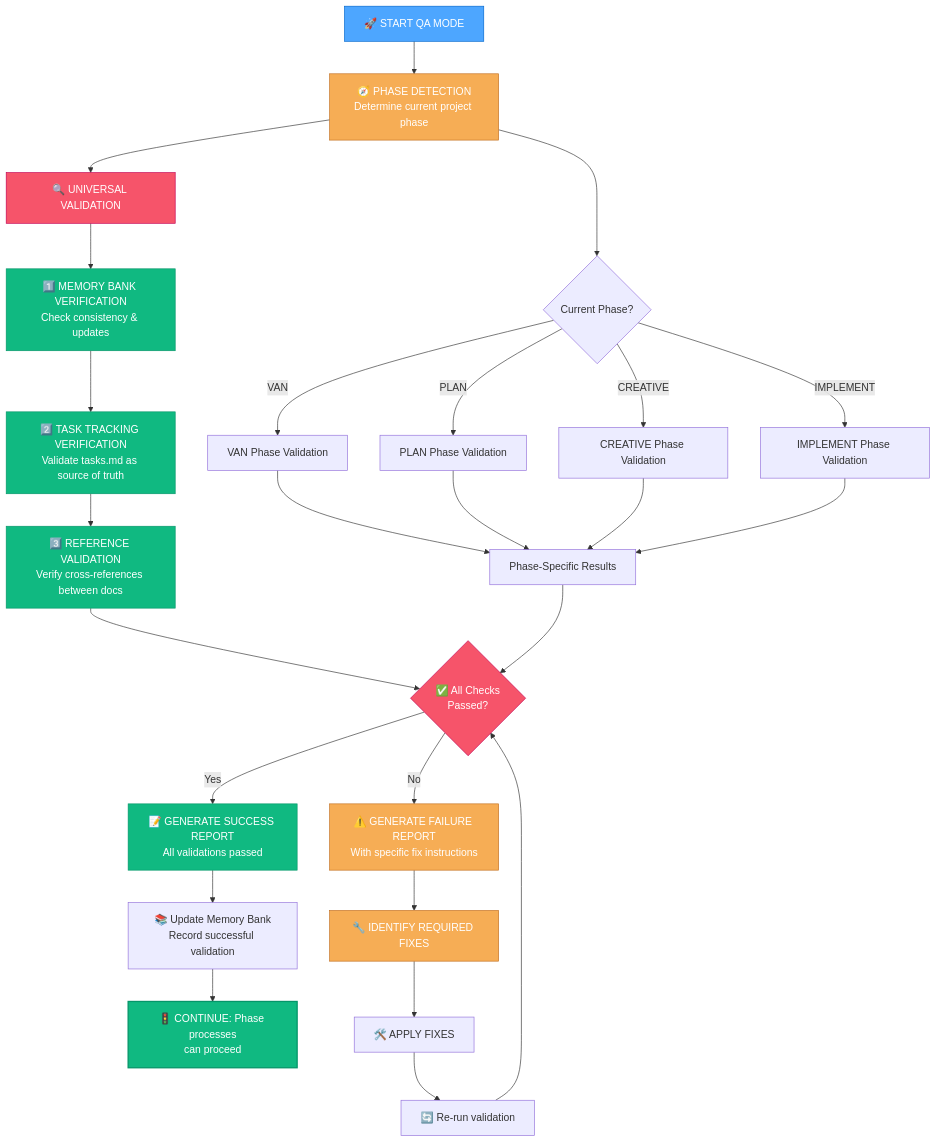
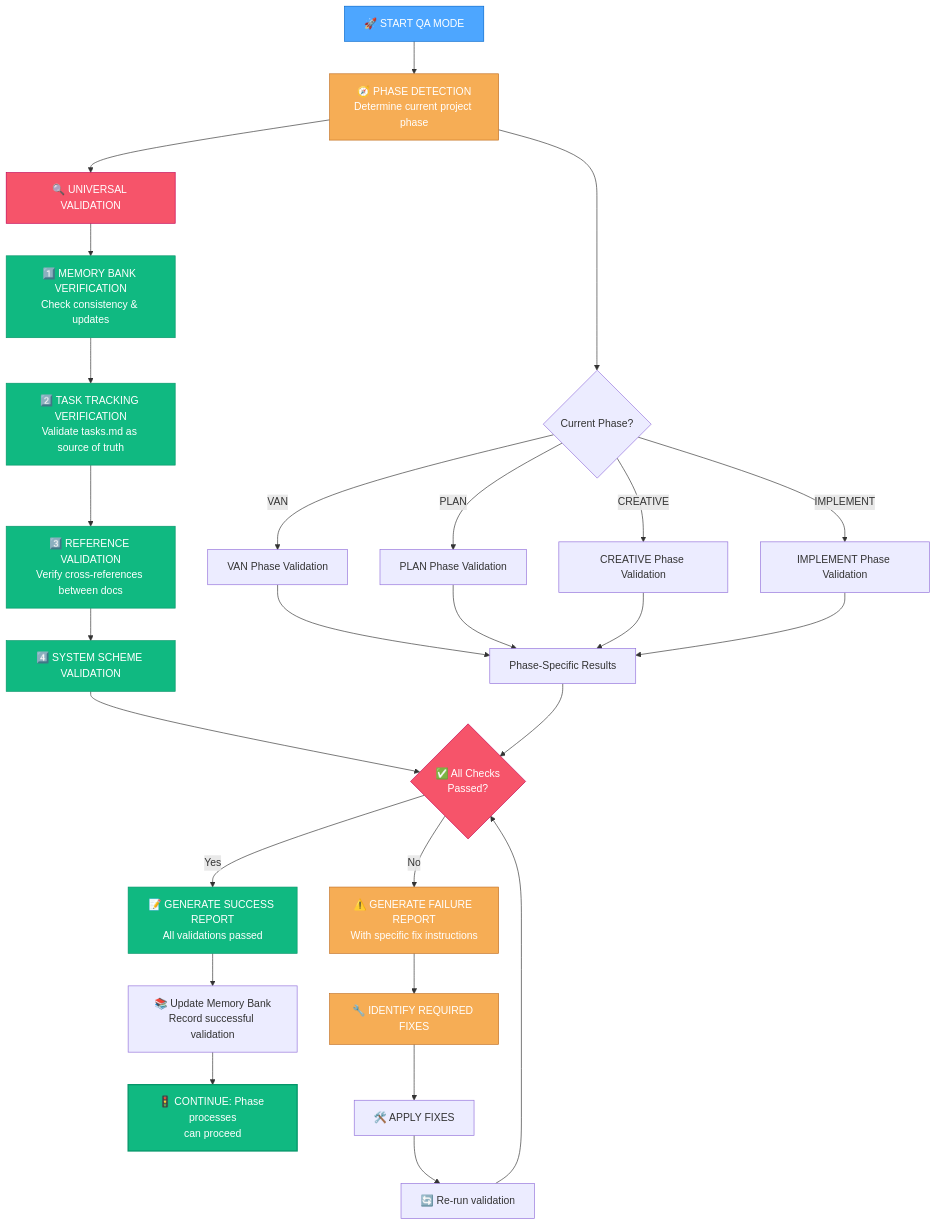
The first of 10 diagrams in .github/instructions/rules/isolation_rules/visual-maps/qa-mode-map.md (DennisGrammes/arc42-memory-bank), drawn with Mermaid before and after one commit. The commit also changed 10 other files, not shown here.

````diff
--- a/.github/instructions/rules/isolation_rules/visual-maps/qa-mode-map.md
+++ b/.github/instructions/rules/isolation_rules/visual-maps/qa-mode-map.md
@@ -12,48 +12,50 @@
 ```mermaid
 graph TD
     Start["🚀 START QA MODE"] --> DetectPhase["🧭 PHASE DETECTION<br>Determine current project phase"]
     
     %% Phase detection decision path
     DetectPhase --> PhaseDetermination{"Current Phase?"}
     PhaseDetermination -->|"VAN"| VANChecks["VAN Phase Validation"]
     PhaseDetermination -->|"PLAN"| PLANChecks["PLAN Phase Validation"]
     PhaseDetermination -->|"CREATIVE"| CREATIVEChecks["CREATIVE Phase Validation"] 
     PhaseDetermination -->|"IMPLEMENT"| IMPLEMENTChecks["IMPLEMENT Phase Validation"]
     
     %% Universal checks that apply to all phases
     DetectPhase --> UniversalChecks["🔍 UNIVERSAL VALIDATION"]
     UniversalChecks --> MemoryBankCheck["1️⃣ MEMORY BANK VERIFICATION<br>Check consistency & updates"]
     MemoryBankCheck --> TaskTrackingCheck["2️⃣ TASK TRACKING VERIFICATION<br>Validate tasks.md as source of truth"]
     TaskTrackingCheck --> ReferenceCheck["3️⃣ REFERENCE VALIDATION<br>Verify cross-references between docs"]
-    
+    ReferenceCheck --> SchemeCheck["4️⃣ SYSTEM SCHEME VALIDATION"]
+
     %% Phase-specific validations feed into comprehensive report
     VANChecks & PLANChecks & CREATIVEChecks & IMPLEMENTChecks --> PhaseSpecificResults["Phase-Specific Results"]
-    ReferenceCheck & PhaseSpecificResults --> ValidationResults{"✅ All Checks<br>Passed?"}
+    SchemeCheck & PhaseSpecificResults --> ValidationResults{"✅ All Checks<br>Passed?"}
     
     %% Results Processing
     ValidationResults -->|"Yes"| SuccessReport["📝 GENERATE SUCCESS REPORT<br>All validations passed"]
     ValidationResults -->|"No"| FailureReport["⚠️ GENERATE FAILURE REPORT<br>With specific fix instructions"]
     
     %% Success Path
     SuccessReport --> UpdateMB["📚 Update Memory Bank<br>Record successful validation"]
     UpdateMB --> ContinueProcess["🚦 CONTINUE: Phase processes<br>can proceed"]
     
     %% Failure Path
     FailureReport --> IdentifyFixes["🔧 IDENTIFY REQUIRED FIXES"]
     IdentifyFixes --> ApplyFixes["🛠️ APPLY FIXES"]
     ApplyFixes --> Revalidate["🔄 Re-run validation"]
     Revalidate --> ValidationResults
     
     %% Style nodes for clarity
     style Start fill:#4da6ff,stroke:#0066cc,color:white
     style DetectPhase fill:#f6ad55,stroke:#c27022,color:white
     style UniversalChecks fill:#f6546a,stroke:#c30052,color:white
     style MemoryBankCheck fill:#10b981,stroke:#059669,color:white
     style TaskTrackingCheck fill:#10b981,stroke:#059669,color:white
     style ReferenceCheck fill:#10b981,stroke:#059669,color:white
+    style SchemeCheck fill:#10b981,stroke:#059669,color:white
     style ValidationResults fill:#f6546a,stroke:#c30052,color:white
     style SuccessReport fill:#10b981,stroke:#059669,color:white
     style FailureReport fill:#f6ad55,stroke:#c27022,color:white
     style ContinueProcess fill:#10b981,stroke:#059669,color:white,stroke-width:2px
     style IdentifyFixes fill:#f6ad55,stroke:#c27022,color:white
 ```
````
